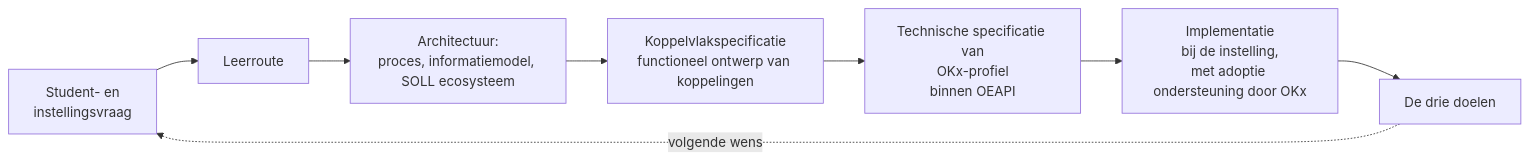
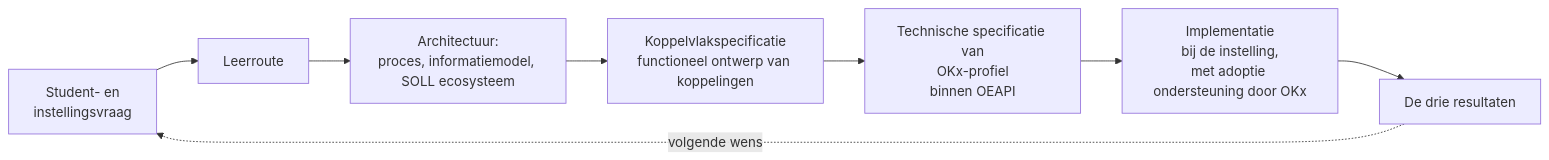
Before and after one commit to Npuls-OKx/meta: the second of 2 diagrams in README.md, drawn with Mermaid. The commit also changed other lines of this file, not shown here.

First line of the commit message:
Ingang: de drie resultaten heten resultaten, en de deliverables staan minder stellig

````diff
--- a/README.md
+++ b/README.md
@@ -46,10 +54,10 @@
 ```mermaid
 flowchart LR
   V["Student- en<br/>instellingsvraag"] --> L["Leerroute"]
   L --> A["Architectuur:<br/>proces, informatiemodel, SOLL ecosysteem"]
   A --> K["Koppelvlakspecificatie<br/>functioneel ontwerp van koppelingen"]
   K --> P["Technische specificatie van<br/>OKx-profiel<br/>binnen OEAPI"]
   P --> IM["Implementatie<br/>bij de instelling,<br/>met adoptie ondersteuning door OKx"]
-  IM --> D["De drie doelen"]
+  IM --> D["De drie resultaten"]
   D -.->|"volgende wens"| V
 ```
````
